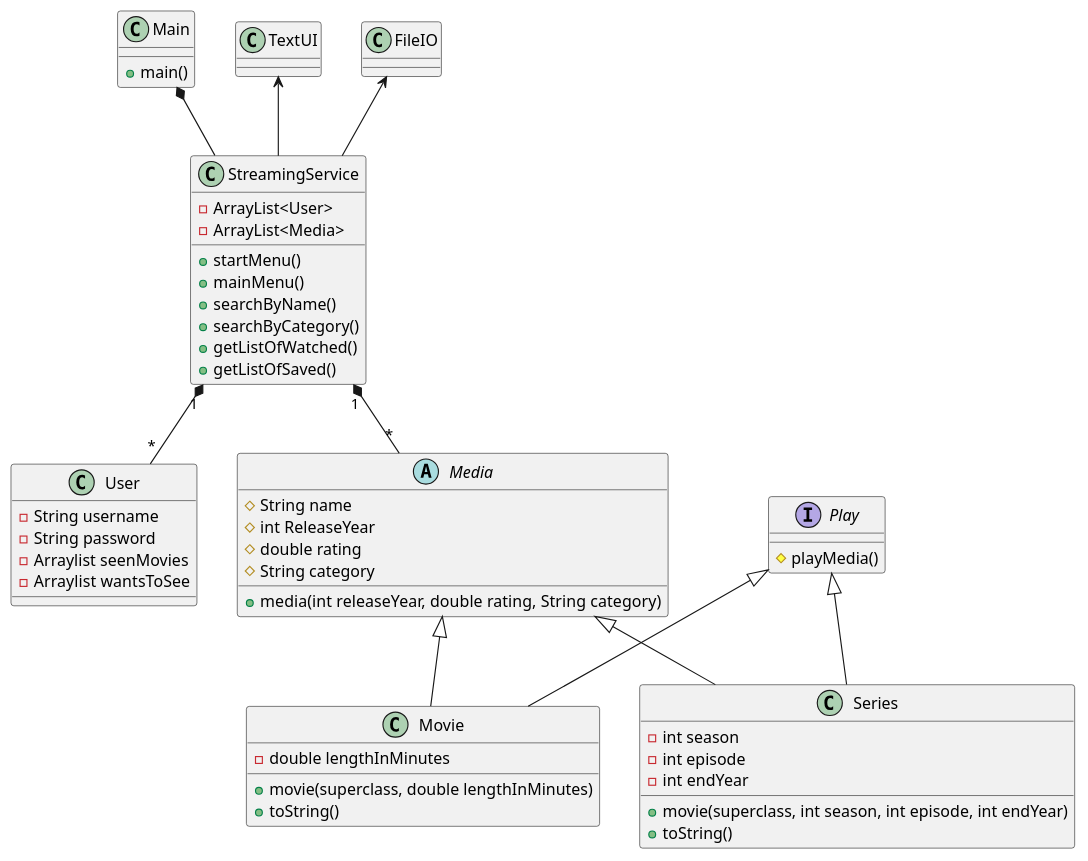
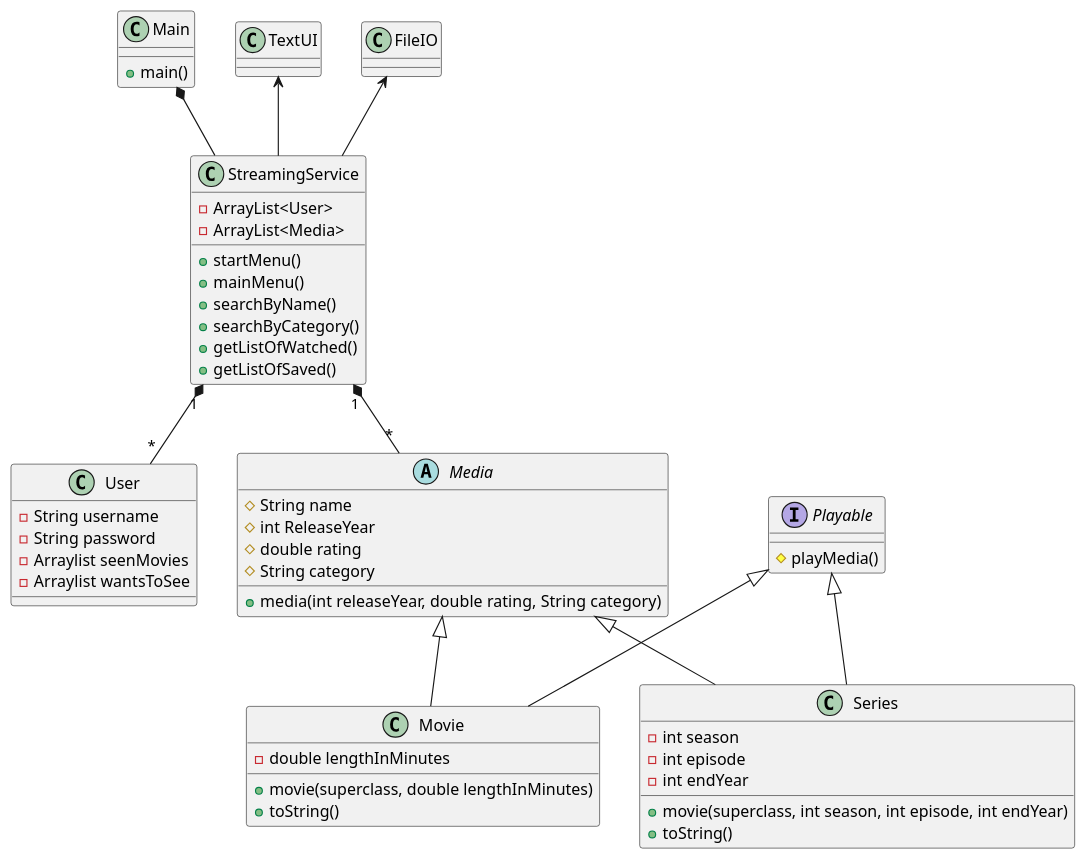
One commit to Eligoon/SP3_Gruppe_G changed the diagram in Diagrams/SP3ClassDiagram v.1.puml. Above: the diagram before and after it, drawn with PlantUML.

Commit message:
Updated classdiagram

```diff
--- a/Diagrams/SP3ClassDiagram v.1.puml
+++ b/Diagrams/SP3ClassDiagram v.1.puml
@@ -1,78 +1,78 @@
 @startuml
 'https://plantuml.com/class-diagram
 
 Main *-- StreamingService
 StreamingService "1" *-- "*" User
 StreamingService "1" *-- "*" Media
 Media <|-- Movie
 Media <|-- Series
 TextUI <--StreamingService
 FileIO <-- StreamingService
-Play <|-- Movie
-Play <|-- Series
+Playable <|-- Movie
+Playable <|-- Series
 
 
 class Main
 {
 + main()
 }
 
 class StreamingService
 {
  - ArrayList<User>
  - ArrayList<Media>
  + startMenu()
  + mainMenu()
  + searchByName()
  + searchByCategory()
  + getListOfWatched()
  + getListOfSaved()
 }
 
 abstract class Media
 {
 # String name
 # int ReleaseYear
 # double rating
 # String category
 + media(int releaseYear, double rating, String category)
 }
 
 class Movie
 {
 - double lengthInMinutes
 + movie(superclass, double lengthInMinutes)
 + toString()
 }
 
 class Series
 {
 - int season
 - int episode
 - int endYear
 + movie(superclass, int season, int episode, int endYear)
 + toString()
 }
 
 class User
 {
 - String username
 - String password
 - Arraylist seenMovies
 - Arraylist wantsToSee
 }
 
 class TextUI
 {
 }
 
 class FileIO
 {
 }
 
-interface Play
+interface Playable
 {
 # playMedia()
 }
 
 @enduml
```
